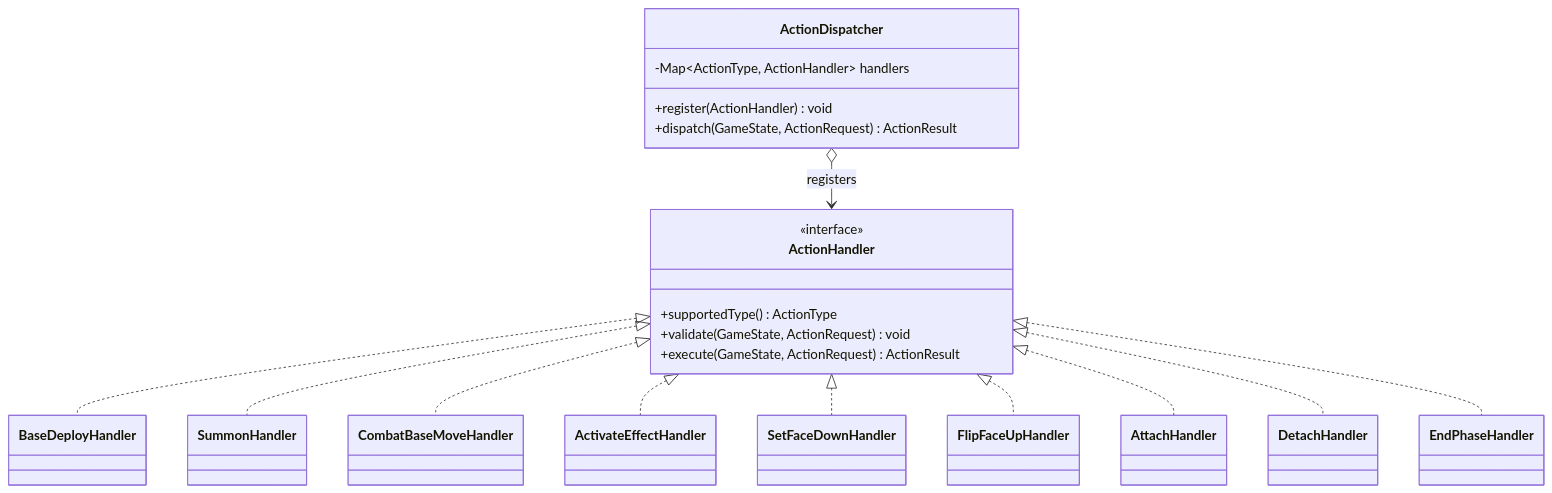
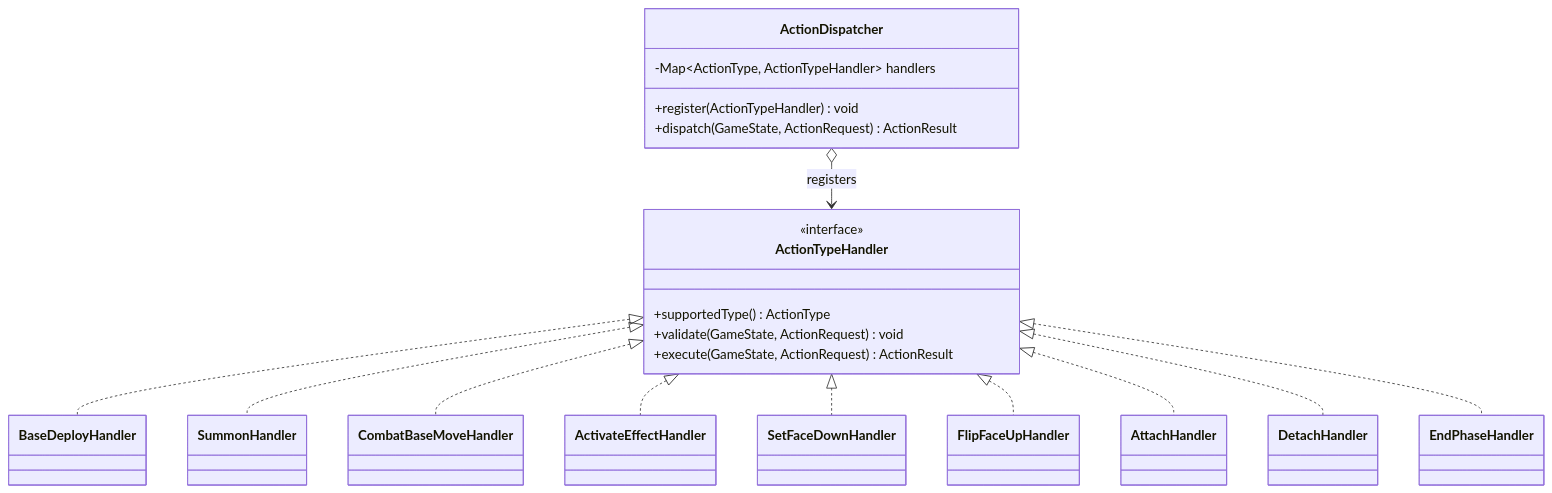
One commit to yuJunOk/mtcg changed the second of 3 diagrams in docs/设计文档/07-详细设计-迭代五-引擎行动与战斗.md. Above: the diagram before and after it, drawn with Mermaid. The commit also changed other lines of this file and 7 other files, not shown here.

First line of the commit message:
refactor(engine): 重命名 ActionHandler 为 ActionPhaseHandler，更新相关文档与代码

````diff
--- a/docs/设计文档/07-详细设计-迭代五-引擎行动与战斗.md
+++ b/docs/设计文档/07-详细设计-迭代五-引擎行动与战斗.md
@@ -1181,36 +1181,36 @@
 ```mermaid
 classDiagram
-    class ActionHandler {
+    class ActionTypeHandler {
         <<interface>>
         +supportedType() ActionType
         +validate(GameState, ActionRequest) void
         +execute(GameState, ActionRequest) ActionResult
     }
 
     class ActionDispatcher {
-        -Map~ActionType, ActionHandler~ handlers
-        +register(ActionHandler) void
+        -Map~ActionType, ActionTypeHandler~ handlers
+        +register(ActionTypeHandler) void
         +dispatch(GameState, ActionRequest) ActionResult
     }
 
     class BaseDeployHandler
     class SummonHandler
     class CombatBaseMoveHandler
     class ActivateEffectHandler
     class SetFaceDownHandler
     class FlipFaceUpHandler
     class AttachHandler
     class DetachHandler
     class EndPhaseHandler
 
-    ActionHandler <|.. BaseDeployHandler
-    ActionHandler <|.. SummonHandler
-    ActionHandler <|.. CombatBaseMoveHandler
-    ActionHandler <|.. ActivateEffectHandler
-    ActionHandler <|.. SetFaceDownHandler
-    ActionHandler <|.. FlipFaceUpHandler
-    ActionHandler <|.. AttachHandler
-    ActionHandler <|.. DetachHandler
-    ActionHandler <|.. EndPhaseHandler
-    ActionDispatcher o--> ActionHandler : registers
+    ActionTypeHandler <|.. BaseDeployHandler
+    ActionTypeHandler <|.. SummonHandler
+    ActionTypeHandler <|.. CombatBaseMoveHandler
+    ActionTypeHandler <|.. ActivateEffectHandler
+    ActionTypeHandler <|.. SetFaceDownHandler
+    ActionTypeHandler <|.. FlipFaceUpHandler
+    ActionTypeHandler <|.. AttachHandler
+    ActionTypeHandler <|.. DetachHandler
+    ActionTypeHandler <|.. EndPhaseHandler
+    ActionDispatcher o--> ActionTypeHandler : registers
 ```
````
